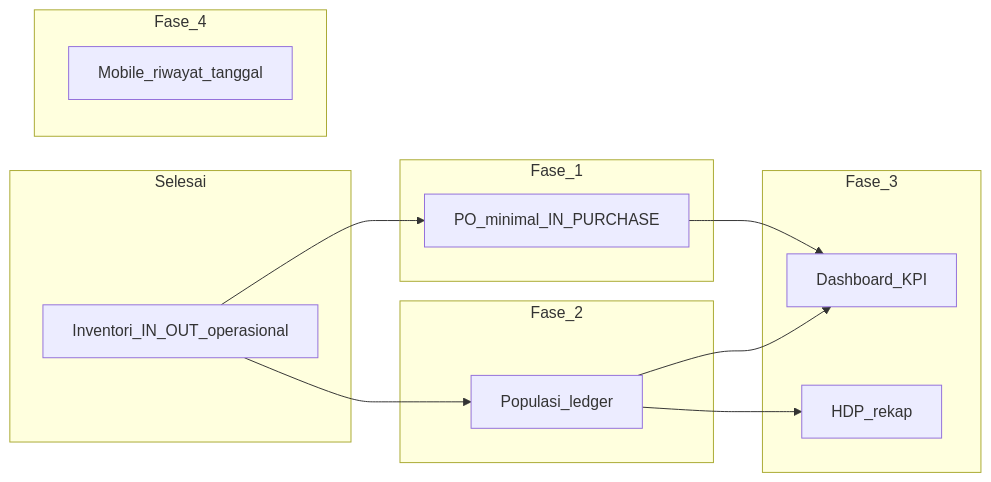
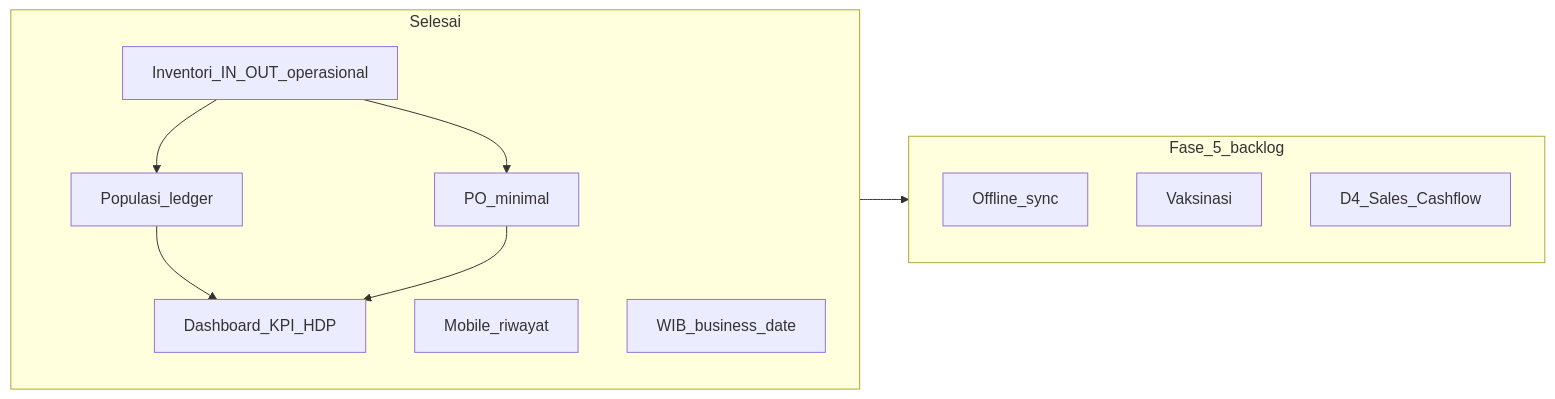
The diagram in docs/implementation_plan.md (Webekspres/layer-farm-agung), drawn with Mermaid before and after one commit. The commit also changed other lines of this file and 7 other files, not shown here.

````diff
--- a/docs/implementation_plan.md
+++ b/docs/implementation_plan.md
@@ -30,24 +73,21 @@
 ```mermaid
 flowchart LR
   subgraph done [Selesai]
     Inv[Inventori_IN_OUT_operasional]
+    PO[PO_minimal]
+    Pop[Populasi_ledger]
+    KPI[Dashboard_KPI_HDP]
+    Mob[Mobile_riwayat]
+    TZ[WIB_business_date]
   end
-  subgraph phase1 [Fase_1]
-    PO[PO_minimal_IN_PURCHASE]
-  end
-  subgraph phase2 [Fase_2]
-    Pop[Populasi_ledger]
-  end
-  subgraph phase3 [Fase_3]
-    KPI[Dashboard_KPI]
-    HDP[HDP_rekap]
-  end
-  subgraph phase4 [Fase_4]
-    Mob[Mobile_riwayat_tanggal]
+  subgraph phase5 [Fase_5_backlog]
+    Sync[Offline_sync]
+    Vax[Vaksinasi]
+    D4[D4_Sales_Cashflow]
   end
   Inv --> PO
   Inv --> Pop
-  Pop --> HDP
   Pop --> KPI
   PO --> KPI
+  done --> phase5
 ```
````
